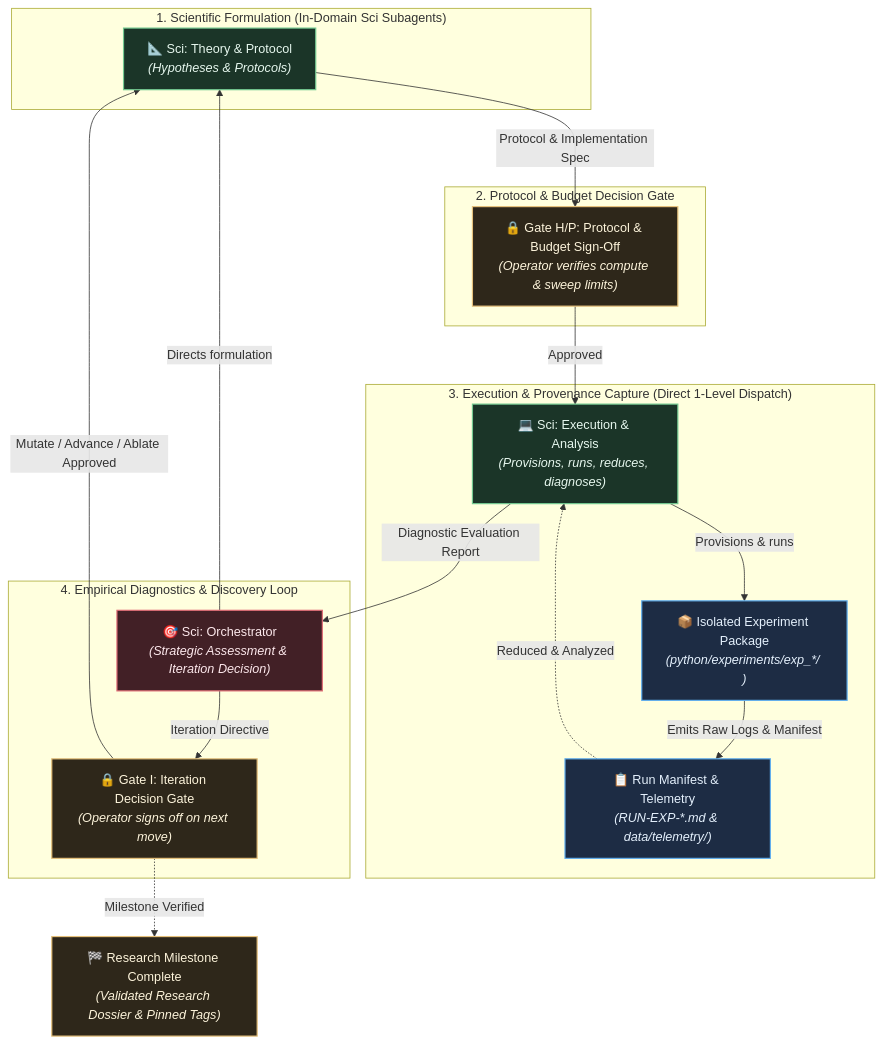
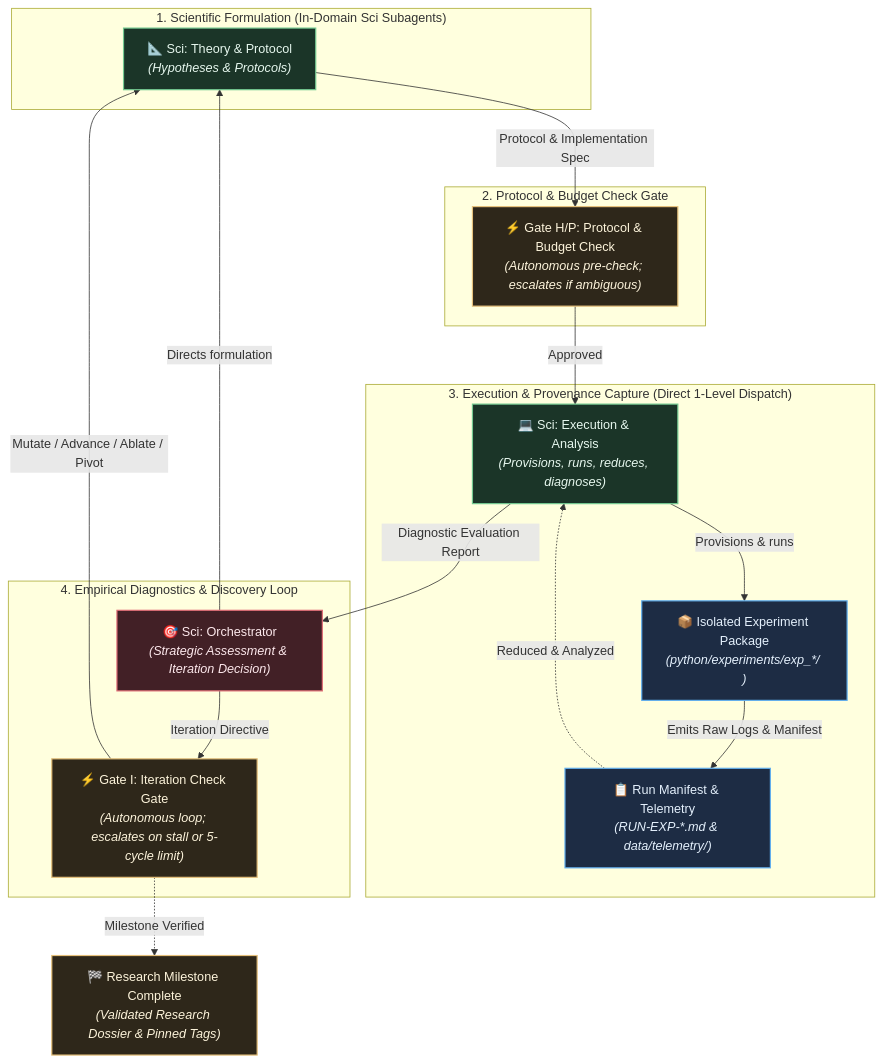
One commit to Shapedsundew9/rust-python-template changed the fourth of 4 diagrams in README.md. Above: the diagram before and after it, drawn with Mermaid. The commit also changed other lines of this file and 7 other files, not shown here.

First line of the commit message:
Refactor sci-orchestrator, sci-theory-protocol, and sci-execution-analysis agents for enhanced clarity and functionality

````diff
--- a/README.md
+++ b/README.md
@@ -403,65 +403,65 @@
 ```mermaid
 %%{init: {
   'theme': 'base',
   'themeVariables': {
     'darkMode': true,
     'background': '#161922',
     'mainBkg': '#1e2230',
     'nodeBorder': '#434c5e',
     'textColor': '#e2e8f0',
     'fontFamily': 'ui-sans-serif, system-ui, -apple-system, BlinkMacSystemFont, "Segoe UI", Roboto, sans-serif',
     'fontSize': '14px',
     'lineColor': '#8892b0',
     'primaryColor': '#422026',
     'primaryTextColor': '#fde8ec',
     'primaryBorderColor': '#e06c75',
     'secondaryColor': '#1b3528',
     'secondaryTextColor': '#e6f7ee',
     'secondaryBorderColor': '#73c991',
     'tertiaryColor': '#1d2c44',
     'tertiaryTextColor': '#e4f0fc',
     'tertiaryBorderColor': '#61afef',
     'clusterBkg': '#13161f',
     'clusterBorder': '#373e51',
     'noteBkgColor': '#2e271a',
     'noteTextColor': '#fdf4db',
     'noteBorderColor': '#e5c07b',
     'edgeLabelBackground': '#1a1d27'
   }
 }}%%
 flowchart TD
     classDef primary fill:#422026,stroke:#e06c75,stroke-width:1.5px,color:#fde8ec;
     classDef secondary fill:#1b3528,stroke:#73c991,stroke-width:1.5px,color:#e6f7ee;
     classDef tertiary fill:#1d2c44,stroke:#61afef,stroke-width:1.5px,color:#e4f0fc;
     classDef note fill:#2e271a,stroke:#e5c07b,stroke-width:1.5px,color:#fdf4db;
 
     subgraph FORMULATION["1. Scientific Formulation (In-Domain Sci Subagents)"]
         THEORY["📐 Sci: Theory & Protocol<br/><i>(Hypotheses & Protocols)</i>"]:::secondary
     end
 
-    subgraph PROTOCOL_GATE["2. Protocol & Budget Decision Gate"]
-        GATE_HP["🔒 Gate H/P: Protocol & Budget Sign-Off<br/><i>(Operator verifies compute & sweep limits)</i>"]:::note
+    subgraph PROTOCOL_GATE["2. Protocol & Budget Check Gate"]
+        GATE_HP["⚡ Gate H/P: Protocol & Budget Check<br/><i>(Autonomous pre-check; escalates if ambiguous)</i>"]:::note
     end
 
     subgraph EXECUTION["3. Execution & Provenance Capture (Direct 1-Level Dispatch)"]
         EXEC["💻 Sci: Execution & Analysis<br/><i>(Provisions, runs, reduces, diagnoses)</i>"]:::secondary
         EXP_PKG["📦 Isolated Experiment Package<br/><i>(python/experiments/exp_*/ )</i>"]:::tertiary
         RUN_MANIFEST["📋 Run Manifest & Telemetry<br/><i>(RUN-EXP-*.md & data/telemetry/)</i>"]:::tertiary
         EXEC -->|"Provisions & runs"| EXP_PKG
         EXP_PKG -->|"Emits Raw Logs & Manifest"| RUN_MANIFEST
         RUN_MANIFEST -.->|"Reduced & Analyzed"| EXEC
     end
 
     subgraph EVALUATION["4. Empirical Diagnostics & Discovery Loop"]
         ORCH_ITER["🎯 Sci: Orchestrator<br/><i>(Strategic Assessment & Iteration Decision)</i>"]:::primary
-        GATE_I["🔒 Gate I: Iteration Decision Gate<br/><i>(Operator signs off on next move)</i>"]:::note
+        GATE_I["⚡ Gate I: Iteration Check Gate<br/><i>(Autonomous loop; escalates on stall or 5-cycle limit)</i>"]:::note
     end
 
     ORCH_ITER -->|"Directs formulation"| THEORY
     THEORY -->|"Protocol & Implementation Spec"| GATE_HP
     GATE_HP -->|"Approved"| EXEC
     EXEC -->|"Diagnostic Evaluation Report"| ORCH_ITER
     ORCH_ITER -->|"Iteration Directive"| GATE_I
-    GATE_I -->|"Mutate / Advance / Ablate Approved"| THEORY
+    GATE_I -->|"Mutate / Advance / Ablate / Pivot"| THEORY
     GATE_I -.->|"Milestone Verified"| MILESTONE_DONE["🏁 Research Milestone Complete<br/><i>(Validated Research Dossier & Pinned Tags)</i>"]:::note
 ```
````
